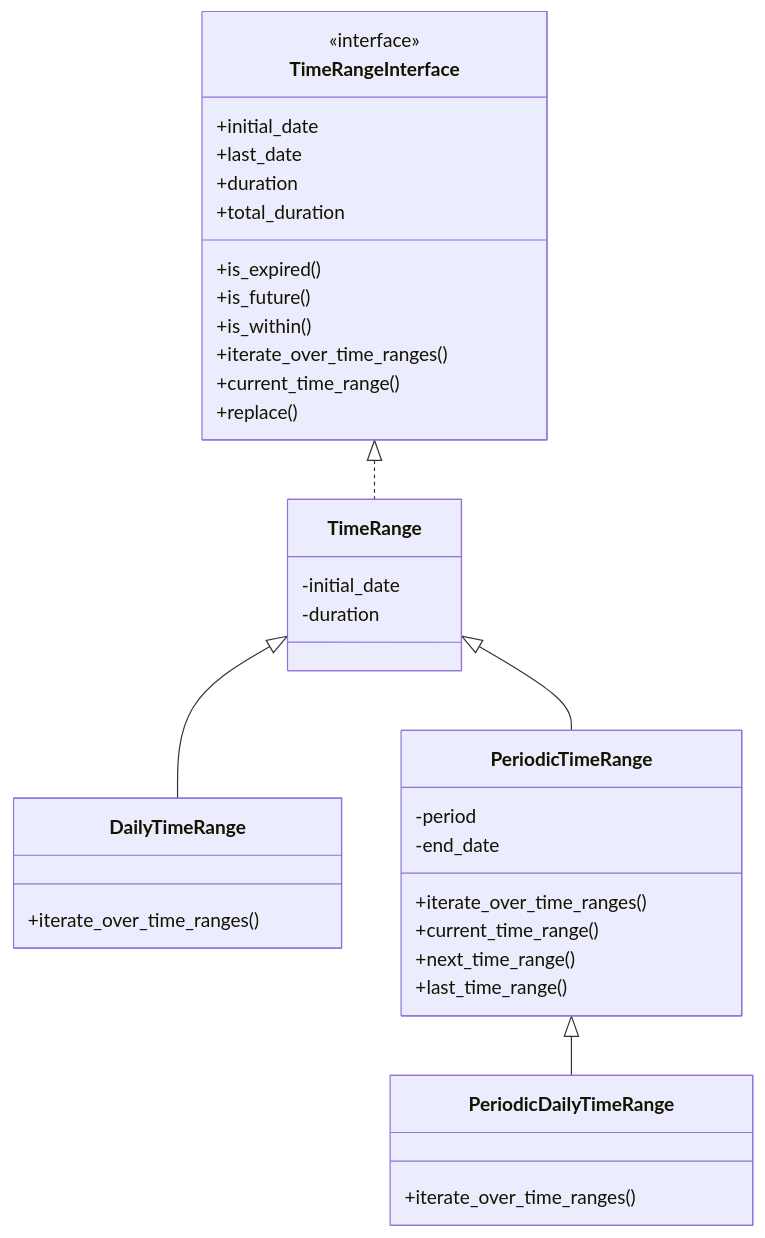
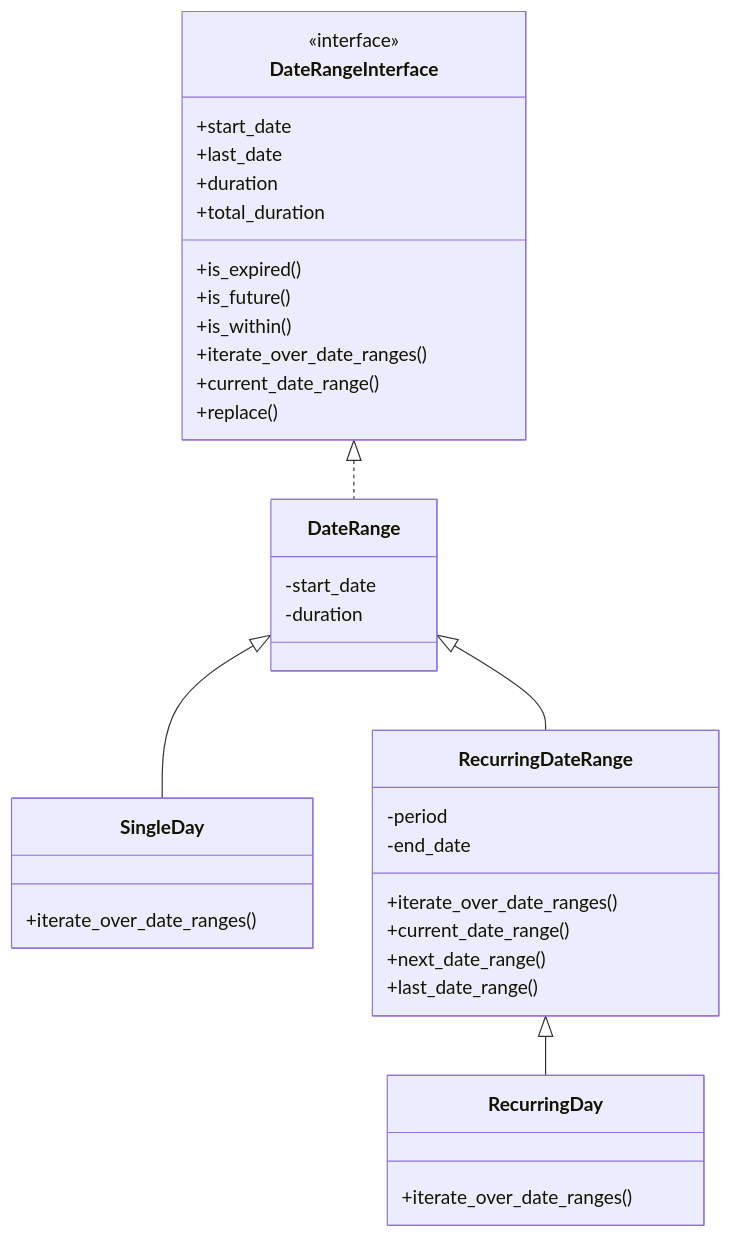
Before and after one commit to corentin-core/budget-forecaster: the second of 6 diagrams in docs/dev/operations.md, drawn with Mermaid. The commit also changed other lines of this file and 41 other files, not shown here.

First line of the commit message:
refactor: rename TimeRange classes to DateRange/Day terminology (#179) (#180)

````diff
--- a/docs/dev/operations.md
+++ b/docs/dev/operations.md
@@ -57,43 +57,43 @@
 ```mermaid
 classDiagram
-    class TimeRangeInterface {
+    class DateRangeInterface {
         <<interface>>
-        +initial_date
+        +start_date
         +last_date
         +duration
         +total_duration
         +is_expired()
         +is_future()
         +is_within()
-        +iterate_over_time_ranges()
-        +current_time_range()
+        +iterate_over_date_ranges()
+        +current_date_range()
         +replace()
     }
 
-    class TimeRange {
-        -initial_date
+    class DateRange {
+        -start_date
         -duration
     }
 
-    class DailyTimeRange {
-        +iterate_over_time_ranges()
+    class SingleDay {
+        +iterate_over_date_ranges()
     }
 
-    class PeriodicTimeRange {
+    class RecurringDateRange {
         -period
         -end_date
-        +iterate_over_time_ranges()
-        +current_time_range()
-        +next_time_range()
-        +last_time_range()
+        +iterate_over_date_ranges()
+        +current_date_range()
+        +next_date_range()
+        +last_date_range()
     }
 
-    class PeriodicDailyTimeRange {
-        +iterate_over_time_ranges()
+    class RecurringDay {
+        +iterate_over_date_ranges()
     }
 
-    TimeRangeInterface <|.. TimeRange
-    TimeRange <|-- DailyTimeRange
-    TimeRange <|-- PeriodicTimeRange
-    PeriodicTimeRange <|-- PeriodicDailyTimeRange
+    DateRangeInterface <|.. DateRange
+    DateRange <|-- SingleDay
+    DateRange <|-- RecurringDateRange
+    RecurringDateRange <|-- RecurringDay
 ```
````
